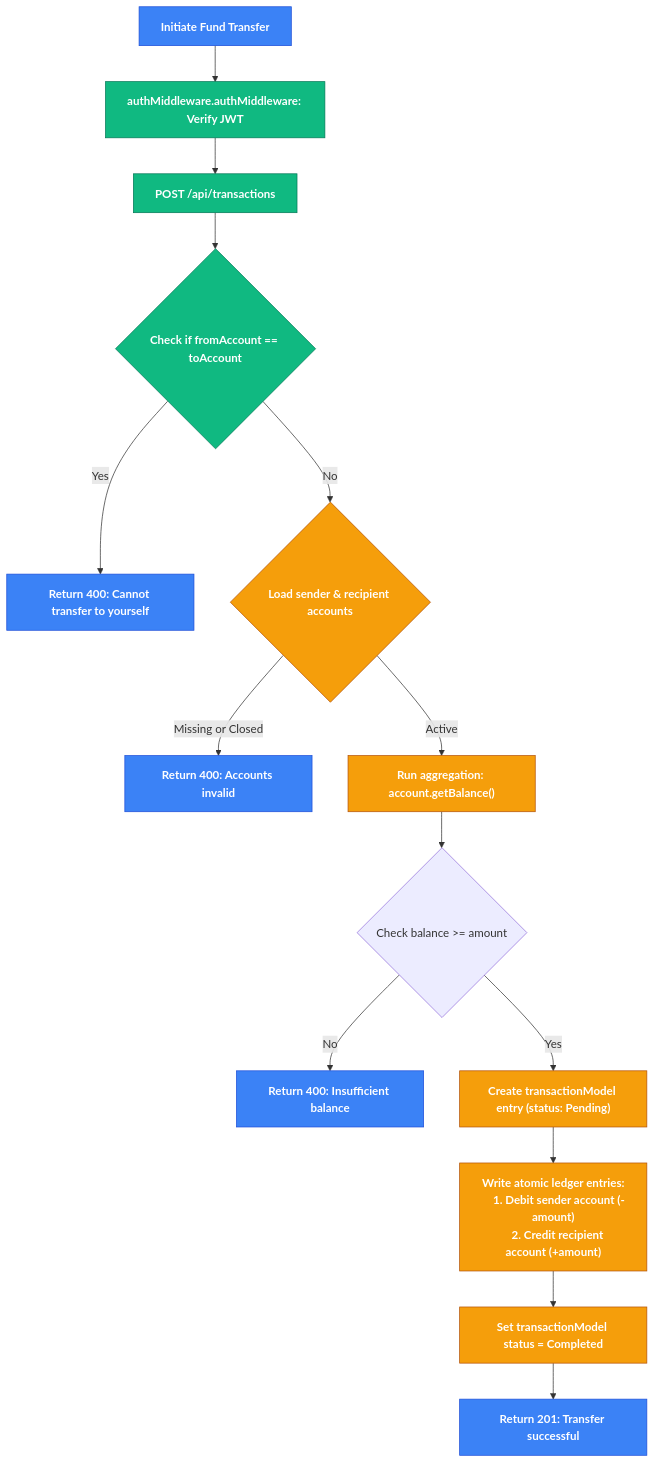
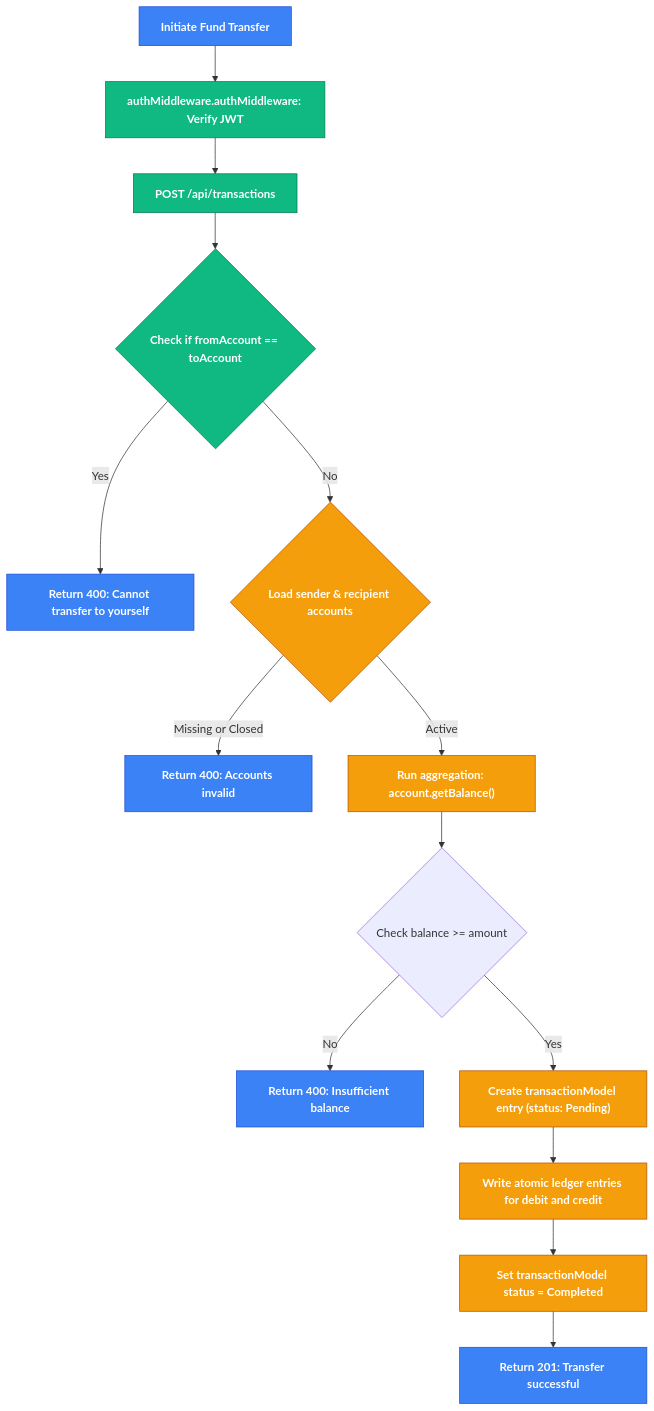
One commit to nihar5776/Banking-System changed the third of 5 diagrams in README.md. Above: the diagram before and after it, drawn with Mermaid. The commit also changed other lines of this file and 7 other files, not shown here.

Commit message:
fix mermaid diagram parsing errors in README.md

````diff
--- a/README.md
+++ b/README.md
@@ -264,28 +263,26 @@
 ```mermaid
 graph TD
     classDef client fill:#3b82f6,stroke:#1d4ed8,color:#fff,font-weight:bold;
     classDef server fill:#10b981,stroke:#047857,color:#fff,font-weight:bold;
     classDef db fill:#f59e0b,stroke:#b45309,color:#fff,font-weight:bold;
     
     Start["Initiate Fund Transfer"] --> Guard["authMiddleware.authMiddleware: Verify JWT"]:::server
     Guard --> POST_Txn["POST /api/transactions"]:::server
     POST_Txn --> CheckSelf{"Check if fromAccount == toAccount"}:::server
     CheckSelf -->|Yes| FailSelf["Return 400: Cannot transfer to yourself"]:::server
     CheckSelf -->|No| FindAccounts{"Load sender & recipient accounts"}:::db
     
     FindAccounts -->|Missing or Closed| FailStatus["Return 400: Accounts invalid"]:::server
     FindAccounts -->|Active| CalcBalance["Run aggregation: account.getBalance()"]:::db
     
     CalcBalance --> CompareFunds{"Check balance >= amount"}
     CompareFunds -->|No| FailBalance["Return 400: Insufficient balance"]:::server
     CompareFunds -->|Yes| CreateTxn["Create transactionModel entry (status: Pending)"]:::db
     
-    CreateTxn --> WriteLedger["Write atomic ledger entries:
-    1. Debit sender account (-amount)
-    2. Credit recipient account (+amount)"]:::db
+    CreateTxn --> WriteLedger["Write atomic ledger entries for debit and credit"]:::db
     
     WriteLedger --> CompleteTxn["Set transactionModel status = Completed"]:::db
     CompleteTxn --> TxnSuccess["Return 201: Transfer successful"]:::server
 
     class Start,FailSelf,FailStatus,FailBalance,TxnSuccess client;
 ```
````
